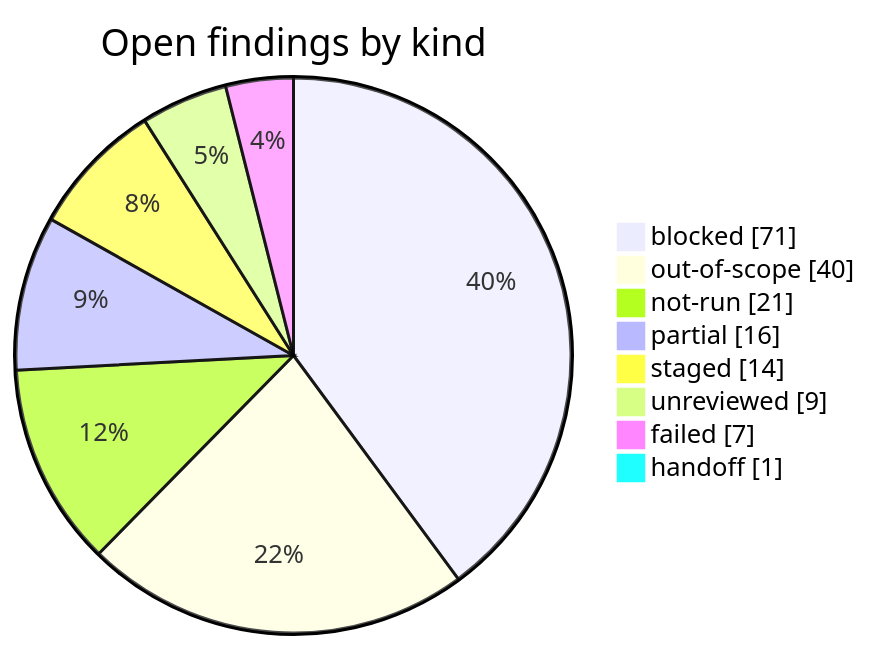
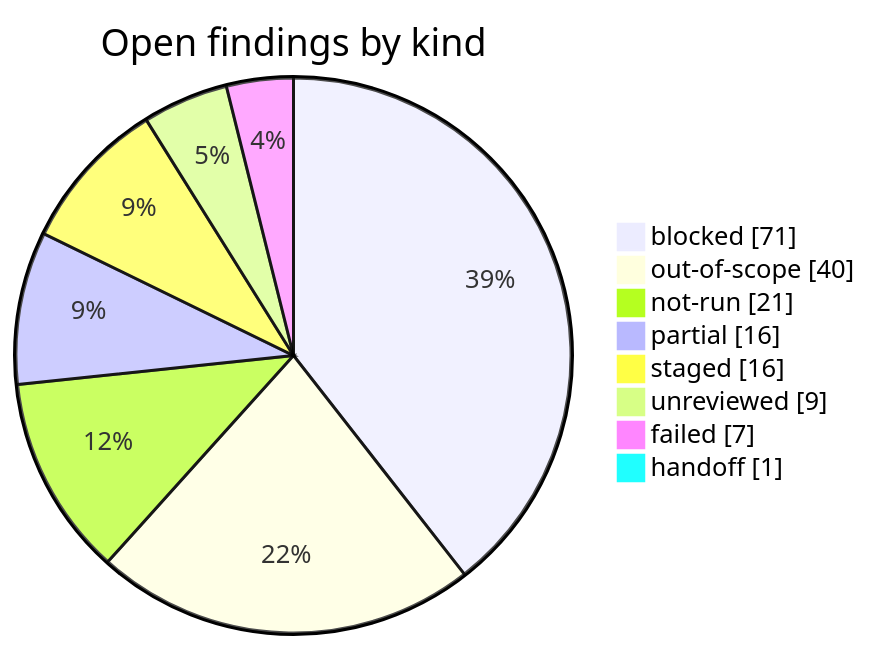
One commit to korczis/OpenTTD changed the diagram in research/open-findings.md. Above: the diagram before and after it, drawn with Mermaid. The commit also changed other lines of this file and 11 other files, not shown here.

````diff
--- a/research/open-findings.md
+++ b/research/open-findings.md
@@ -36,12 +36,12 @@
 ```mermaid
 pie showData title Open findings by kind
     %% links: open-findings.md?col=Kind&filter=blocked#findings | open-findings.md?col=Kind&filter=out-of-scope#findings | open-findings.md?col=Kind&filter=not-run#findings | open-findings.md?col=Kind&filter=partial#findings | open-findings.md?col=Kind&filter=staged#findings | open-findings.md?col=Kind&filter=unreviewed#findings | open-findings.md?col=Kind&filter=failed#findings | open-findings.md?col=Kind&filter=handoff#findings
     "blocked" : 71
     "out-of-scope" : 40
     "not-run" : 21
     "partial" : 16
-    "staged" : 14
+    "staged" : 16
     "unreviewed" : 9
     "failed" : 7
     "handoff" : 1
 ```
````
